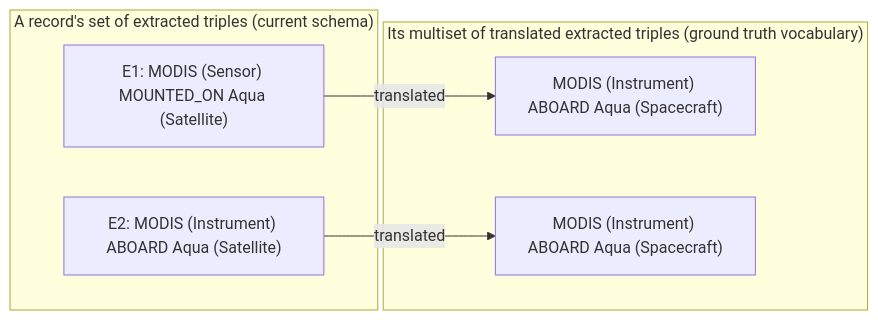
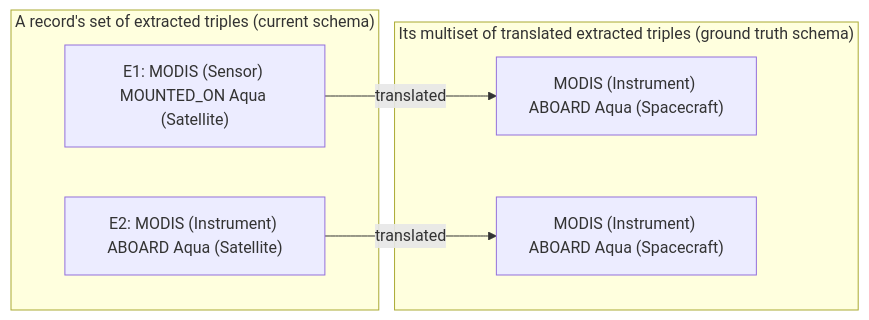
Before and after one commit to iulia-iordanescu/datanasagov_KG_proj: the first of 2 diagrams in 070_evaluate/metrics/pairs.md, drawn with Mermaid. The commit also changed other lines of this file and 51 other files, not shown here.

````diff
--- a/070_evaluate/metrics/pairs.md
+++ b/070_evaluate/metrics/pairs.md
@@ -87,13 +87,13 @@
 ```mermaid
 flowchart LR
   subgraph S["A record's set of extracted triples (current schema)"]
     E1["E1: MODIS (Sensor) MOUNTED_ON Aqua (Satellite)"]
     E2["E2: MODIS (Instrument) ABOARD Aqua (Satellite)"]
   end
-  subgraph M["Its multiset of translated extracted triples (ground truth vocabulary)"]
+  subgraph M["Its multiset of translated extracted triples (ground truth schema)"]
     T1["MODIS (Instrument) ABOARD Aqua (Spacecraft)"]
     T2["MODIS (Instrument) ABOARD Aqua (Spacecraft)"]
   end
   E1 -- translated --> T1
   E2 -- translated --> T2
 ```
````
